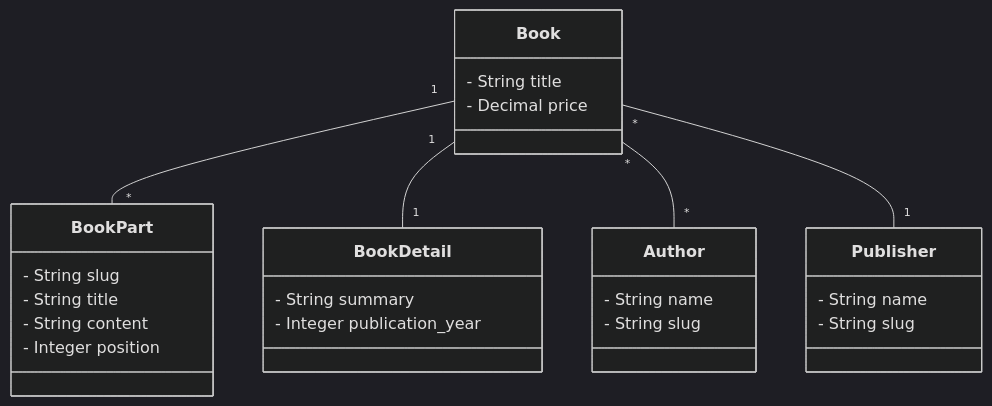
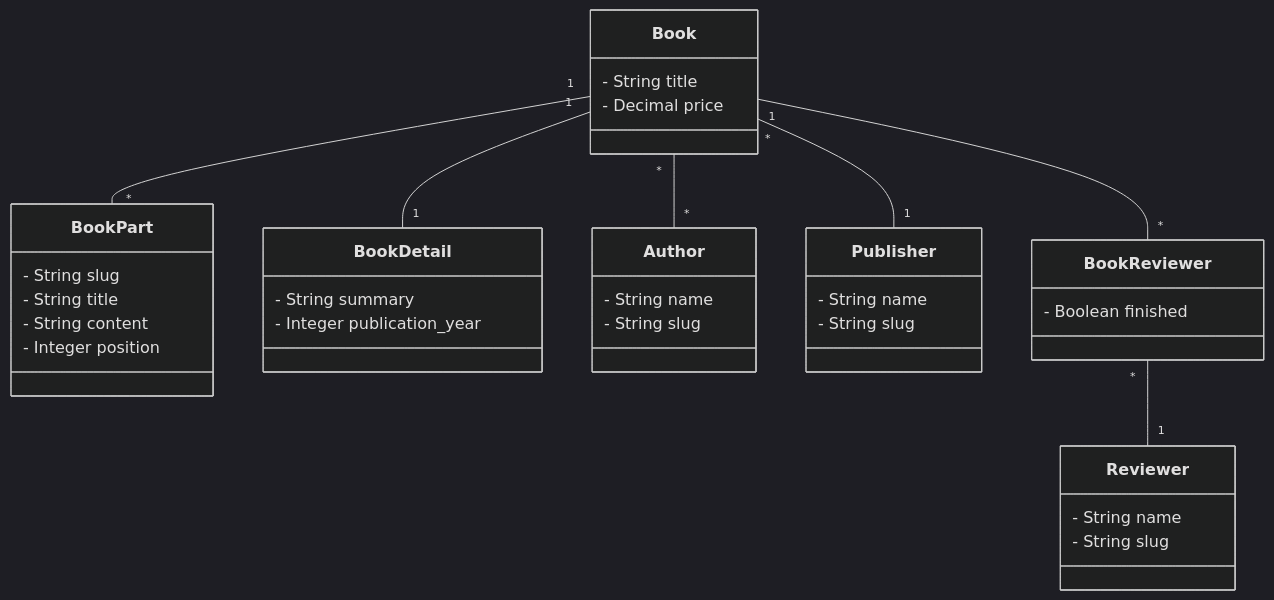
One commit to itadventurer/yaml_exporter changed the eighth of 8 diagrams in README.md. Above: the diagram before and after it, drawn with Mermaid (dark theme). The commit also changed other lines of this file and 30 other files, not shown here.

````diff
--- a/README.md
+++ b/README.md
@@ -565,29 +575,38 @@
 ```mermaid
 classDiagram
   class Book {
     - String title
     - Decimal price
   }
   class BookPart {
     - String slug
     - String title
     - String content
     - Integer position
   }
   class BookDetail {
     - String summary
     - Integer publication_year
   }
   class Author {
     - String name
     - String slug
   }
   class Publisher {
     - String name
     - String slug
   }
+  class BookReviewer {
+    - Boolean finished
+  }
+  class Reviewer {
+    - String name
+    - String slug
+  }
   Book "1" -- "*" BookPart
   Book "1" -- "1" BookDetail
   Book "*" -- "*" Author
   Book "*" -- "1" Publisher
+  Book "1" -- "*" BookReviewer
+  BookReviewer "*" -- "1" Reviewer
 ```
````
